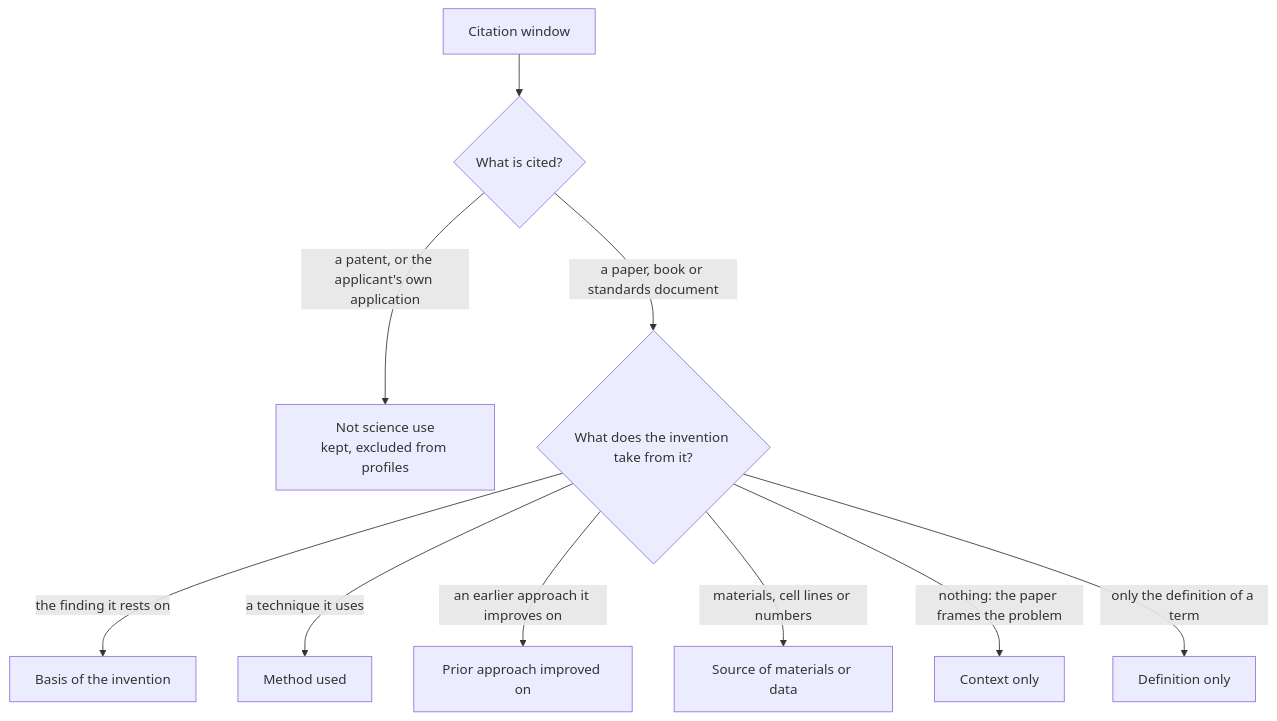
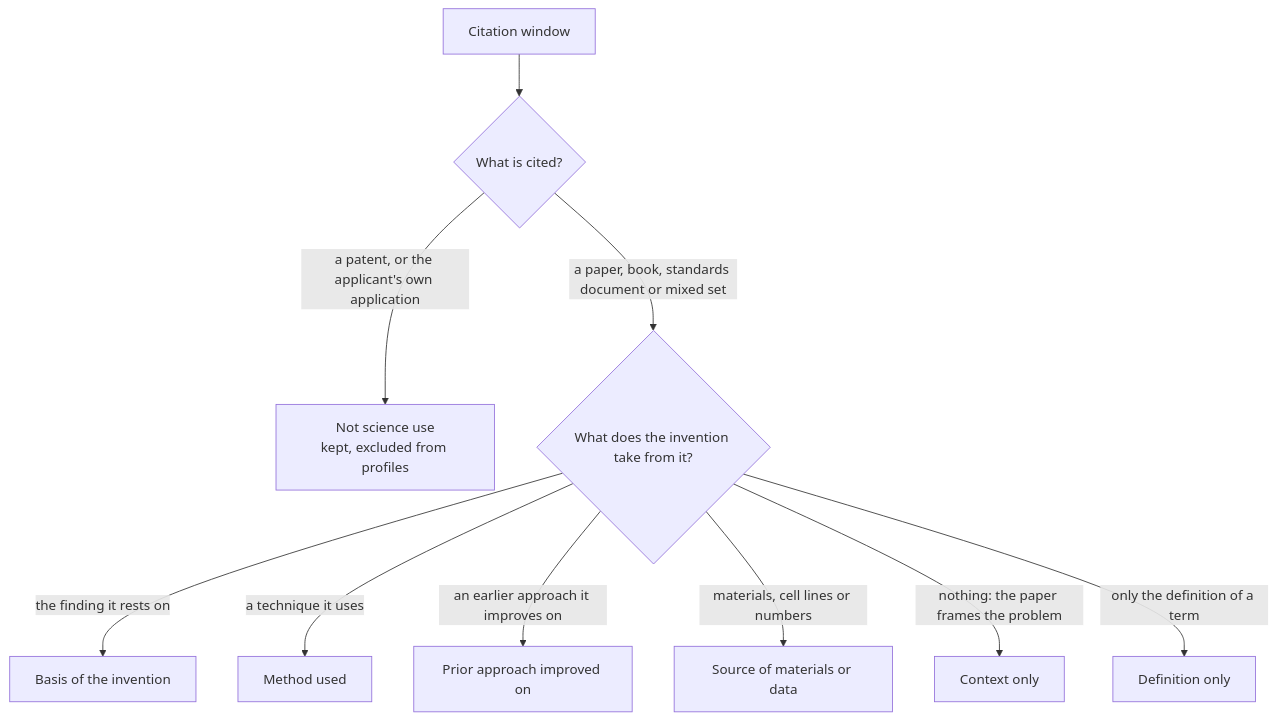
The second of 2 diagrams in README.md (hansen-innovation/science-in-invention), drawn with Mermaid before and after one commit. The commit also changed other lines of this file and 8 other files, not shown here.

Commit message:
Clarify pilot evidence and correct figure denominators and rounding

````diff
--- a/README.md
+++ b/README.md
@@ -28,12 +28,12 @@
 ```mermaid
 flowchart TD
     W["Citation window"] --> T{"What is cited?"}
     T -->|"a patent, or the applicant's own application"| X["Not science use<br/>kept, excluded from profiles"]
-    T -->|"a paper, book or standards document"| F{"What does the invention take from it?"}
+    T -->|"a paper, book, standards document or mixed set"| F{"What does the invention take from it?"}
     F -->|"the finding it rests on"| A["Basis of the invention"]
     F -->|"a technique it uses"| B["Method used"]
     F -->|"an earlier approach it improves on"| C["Prior approach improved on"]
     F -->|"materials, cell lines or numbers"| D["Source of materials or data"]
     F -->|"nothing: the paper frames the problem"| E["Context only"]
     F -->|"only the definition of a term"| G["Definition only"]
 ```
````
